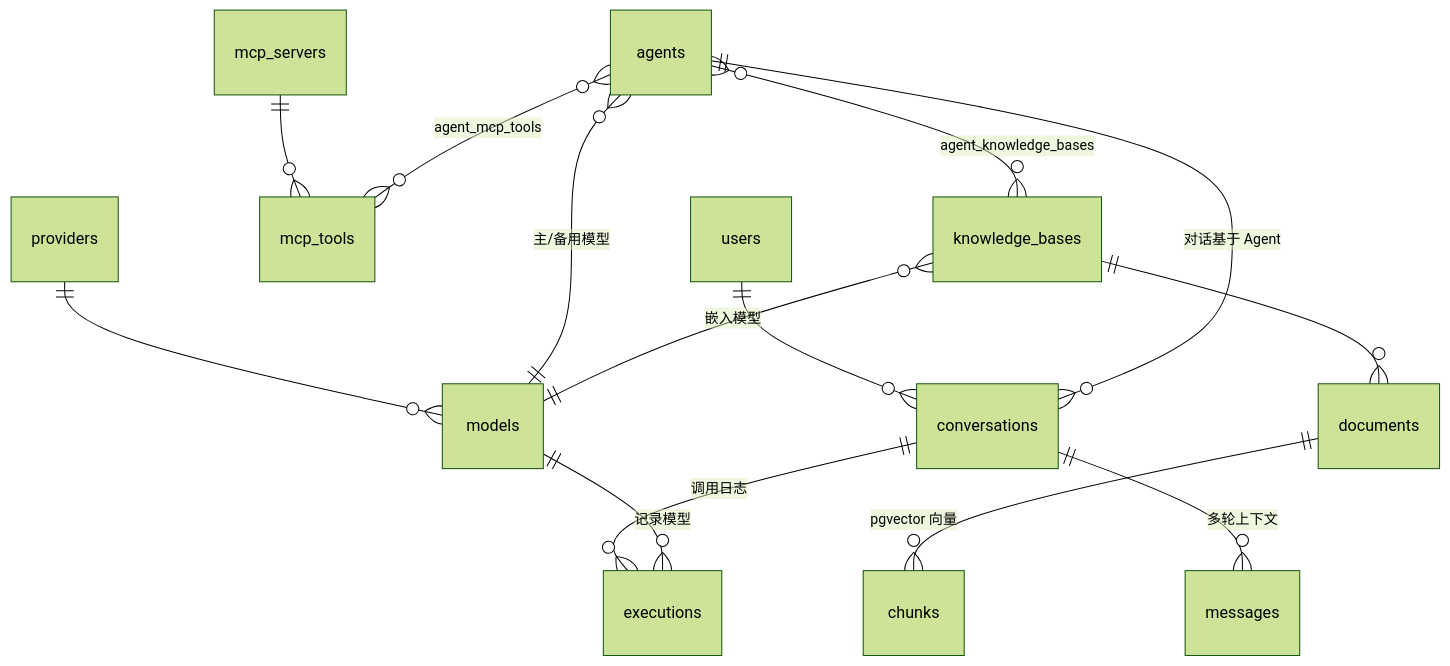
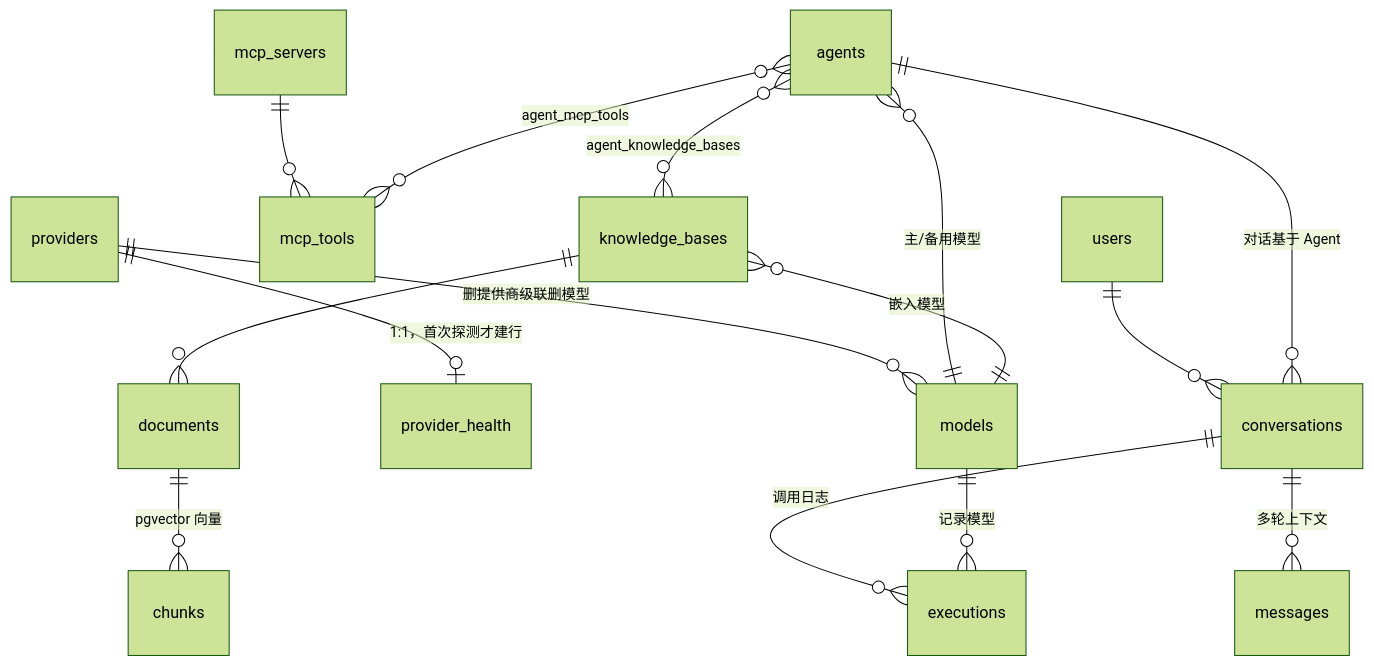
One commit to Karlsk/go-hify changed the diagram in docs/design/data-model.md. Above: the diagram before and after it, drawn with Mermaid (forest theme). The commit also changed other lines of this file and 10 other files, not shown here.

First line of the commit message:
feat(provider): GORM 模型、API 契约与 Schema 全套落地

````diff
--- a/docs/design/data-model.md
+++ b/docs/design/data-model.md
@@ -13,16 +13,17 @@
 ```mermaid
 erDiagram
-    providers ||--o{ models : ""
+    providers ||--o{ models : "删提供商级联删模型"
+    providers ||--o| provider_health : "1:1，首次探测才建行"
     mcp_servers ||--o{ mcp_tools : ""
     agents }o--|| models : "主/备用模型"
     agents }o--o{ mcp_tools : "agent_mcp_tools"
     agents }o--o{ knowledge_bases : "agent_knowledge_bases"
     knowledge_bases }o--|| models : "嵌入模型"
     knowledge_bases ||--o{ documents : ""
     documents ||--o{ chunks : "pgvector 向量"
     users ||--o{ conversations : ""
     agents ||--o{ conversations : "对话基于 Agent"
     conversations ||--o{ messages : "多轮上下文"
     conversations ||--o{ executions : "调用日志"
     models ||--o{ executions : "记录模型"
 ```
````
